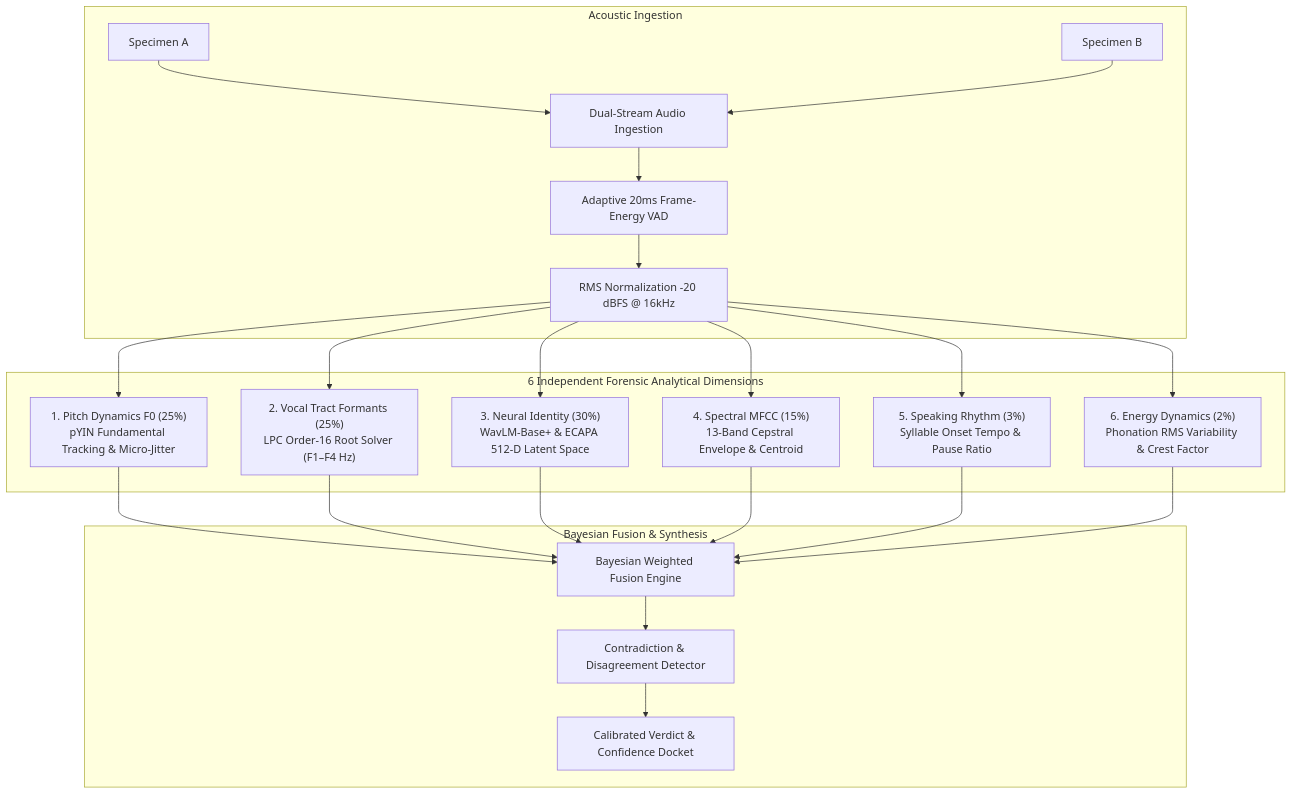
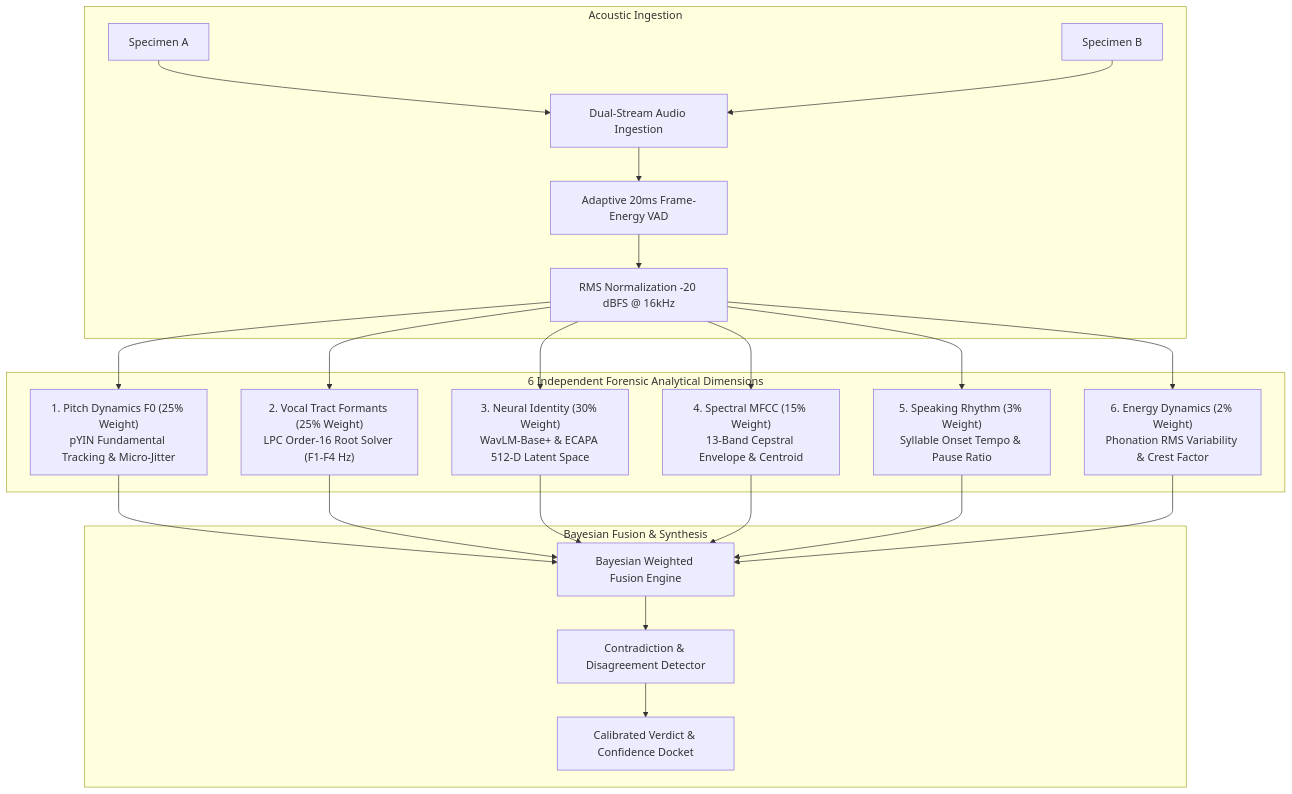
One commit to yusufcalisir/Forenlytics changed the first of 3 diagrams in README.md. Above: the diagram before and after it, drawn with Mermaid. The commit also changed other lines of this file, not shown here.

Commit message:
fix(docs): resolve GitHub Mermaid parser error by removing unsupported multi-node ampersand syntax and bracket nesting

````diff
--- a/README.md
+++ b/README.md
@@ -61,23 +61,29 @@
 ```mermaid
-graph TD
+flowchart TD
     subgraph Ingest ["Acoustic Ingestion"]
-        A1["Specimen A"] & A2["Specimen B"] --> DEC["Dual-Stream Audio Ingestion"]
+        A1["Specimen A"] --> DEC["Dual-Stream Audio Ingestion"]
+        A2["Specimen B"] --> DEC
         DEC --> VAD["Adaptive 20ms Frame-Energy VAD"]
         VAD --> NRM["RMS Normalization -20 dBFS @ 16kHz"]
     end
 
     subgraph DIMS ["6 Independent Forensic Analytical Dimensions"]
-        NRM --> D1["1. Pitch Dynamics F0 (25%)<br/>pYIN Fundamental Tracking & Micro-Jitter"]
-        NRM --> D2["2. Vocal Tract Formants (25%)<br/>LPC Order-16 Root Solver (F1–F4 Hz)"]
-        NRM --> D3["3. Neural Identity (30%)<br/>WavLM-Base+ & ECAPA 512-D Latent Space"]
-        NRM --> D4["4. Spectral MFCC (15%)<br/>13-Band Cepstral Envelope & Centroid"]
-        NRM --> D5["5. Speaking Rhythm (3%)<br/>Syllable Onset Tempo & Pause Ratio"]
-        NRM --> D6["6. Energy Dynamics (2%)<br/>Phonation RMS Variability & Crest Factor"]
+        NRM --> D1["1. Pitch Dynamics F0 (25% Weight)<br/>pYIN Fundamental Tracking & Micro-Jitter"]
+        NRM --> D2["2. Vocal Tract Formants (25% Weight)<br/>LPC Order-16 Root Solver (F1-F4 Hz)"]
+        NRM --> D3["3. Neural Identity (30% Weight)<br/>WavLM-Base+ & ECAPA 512-D Latent Space"]
+        NRM --> D4["4. Spectral MFCC (15% Weight)<br/>13-Band Cepstral Envelope & Centroid"]
+        NRM --> D5["5. Speaking Rhythm (3% Weight)<br/>Syllable Onset Tempo & Pause Ratio"]
+        NRM --> D6["6. Energy Dynamics (2% Weight)<br/>Phonation RMS Variability & Crest Factor"]
     end
 
     subgraph Synthesis ["Bayesian Fusion & Synthesis"]
-        D1 & D2 & D3 & D4 & D5 & D6 --> FUS["Bayesian Weighted Fusion Engine"]
+        D1 --> FUS["Bayesian Weighted Fusion Engine"]
+        D2 --> FUS
+        D3 --> FUS
+        D4 --> FUS
+        D5 --> FUS
+        D6 --> FUS
         FUS --> CON["Contradiction & Disagreement Detector"]
         CON --> VER["Calibrated Verdict & Confidence Docket"]
     end
 ```
````
